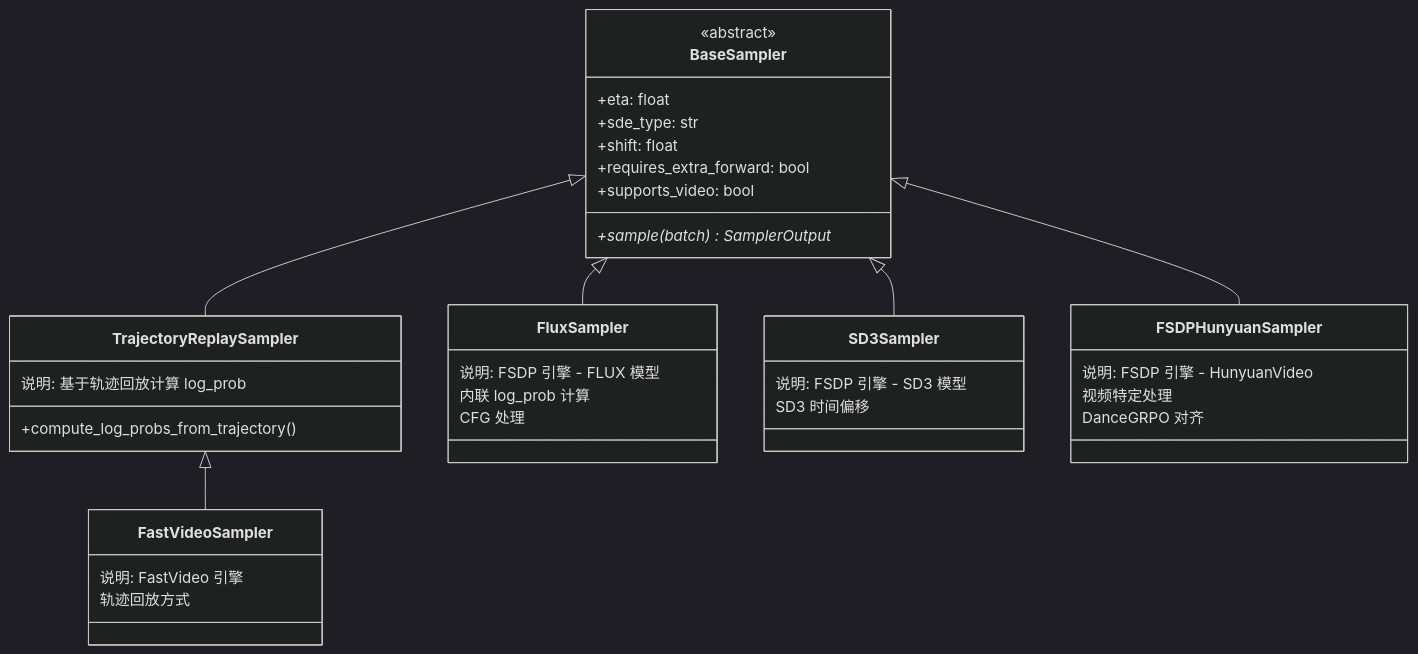
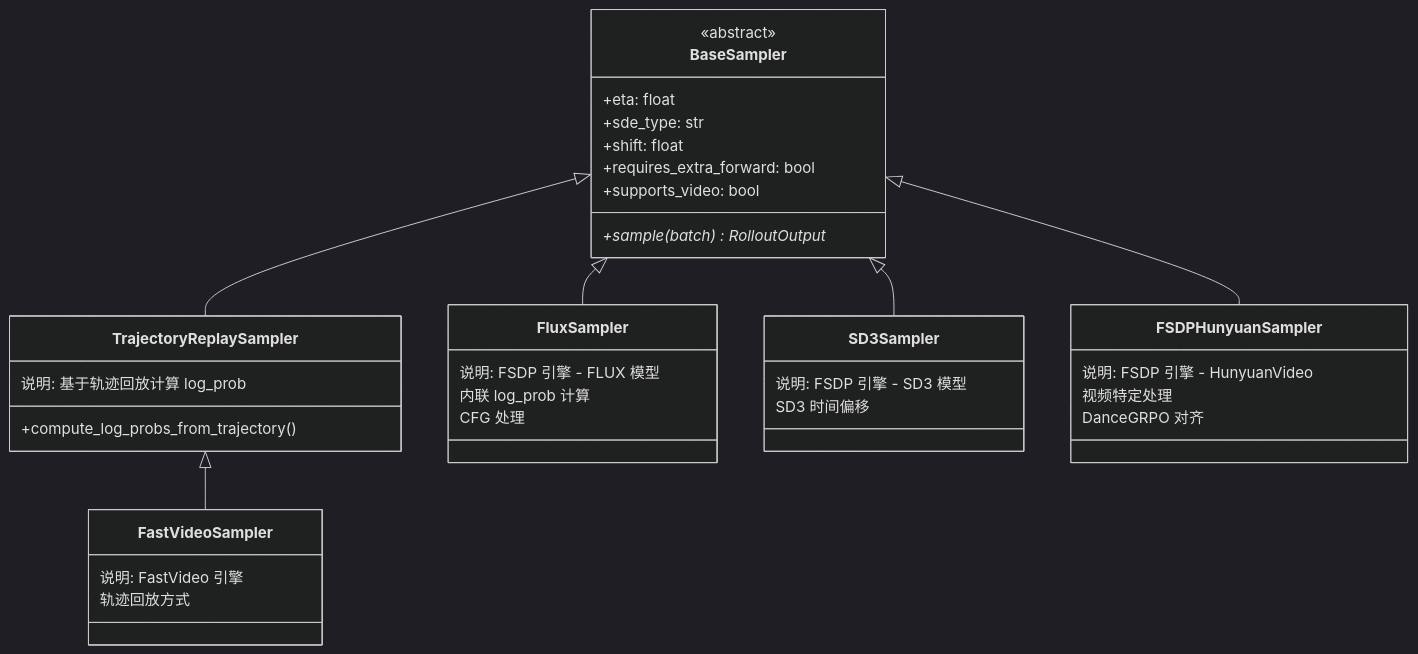
One commit to celve/unirl changed the eighth of 27 diagrams in docs/Diffusion_RL_Design_Analysis.md. Above: the diagram before and after it, drawn with Mermaid (dark theme). The commit also changed other lines of this file and 155 other files, not shown here.

First line of the commit message:
refactor: simplify entry points and align with slime architecture

````diff
--- a/docs/Diffusion_RL_Design_Analysis.md
+++ b/docs/Diffusion_RL_Design_Analysis.md
@@ -1422,45 +1421,45 @@
 ```mermaid
 classDiagram
     class BaseSampler {
         <<abstract>>
         +eta: float
         +sde_type: str
         +shift: float
-        +sample(batch)* SamplerOutput
+        +sample(batch)* RolloutOutput
         +requires_extra_forward: bool
         +supports_video: bool
     }
 
     class TrajectoryReplaySampler {
         说明: 基于轨迹回放计算 log_prob
         +compute_log_probs_from_trajectory()
     }
 
     class FluxSampler {
         说明: FSDP 引擎 - FLUX 模型
         内联 log_prob 计算
         CFG 处理
     }
 
     class SD3Sampler {
         说明: FSDP 引擎 - SD3 模型
         SD3 时间偏移
     }
 
     class FSDPHunyuanSampler {
         说明: FSDP 引擎 - HunyuanVideo
         视频特定处理
         DanceGRPO 对齐
     }
 
     class FastVideoSampler {
         说明: FastVideo 引擎
         轨迹回放方式
     }
 
     BaseSampler <|-- TrajectoryReplaySampler
     BaseSampler <|-- FluxSampler
     BaseSampler <|-- SD3Sampler
     BaseSampler <|-- FSDPHunyuanSampler
     TrajectoryReplaySampler <|-- FastVideoSampler
 ```
````
